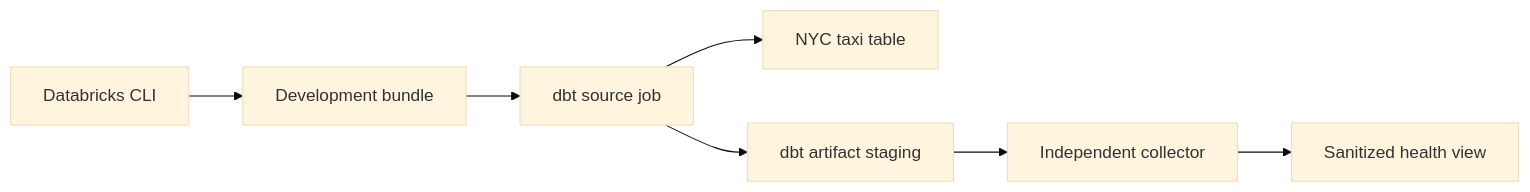
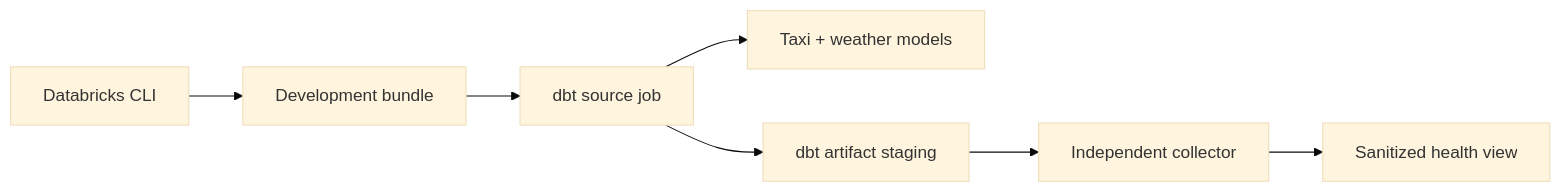
Before and after one commit to MiguelElGallo/bricks-cli: the diagram in docs/tutorials/index.md, drawn with Mermaid (base theme). The commit also changed other lines of this file and 24 other files, not shown here.

Commit message:
Add a tested weather dbt graph (#8)

````diff
--- a/docs/tutorials/index.md
+++ b/docs/tutorials/index.md
@@ -14,9 +14,9 @@
 ```mermaid
 flowchart LR
     cli["Databricks CLI"] --> bundle["Development bundle"]
     bundle --> source["dbt source job"]
-    source --> table["NYC taxi table"]
+    source --> outputs["Taxi + weather models"]
     source --> staging["dbt artifact staging"]
     staging --> collector["Independent collector"]
     collector --> health["Sanitized health view"]
 ```
````
